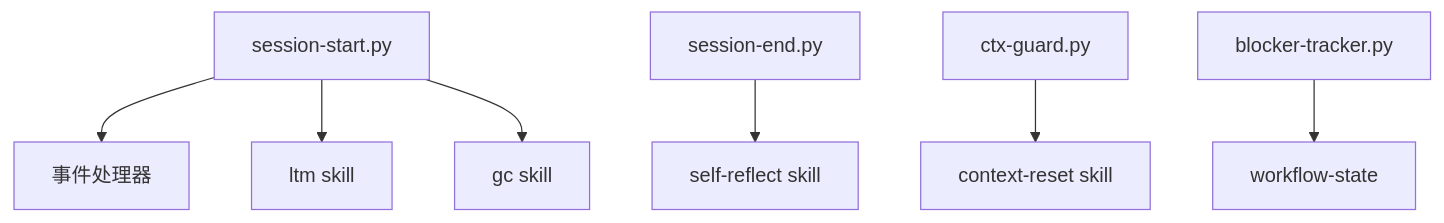
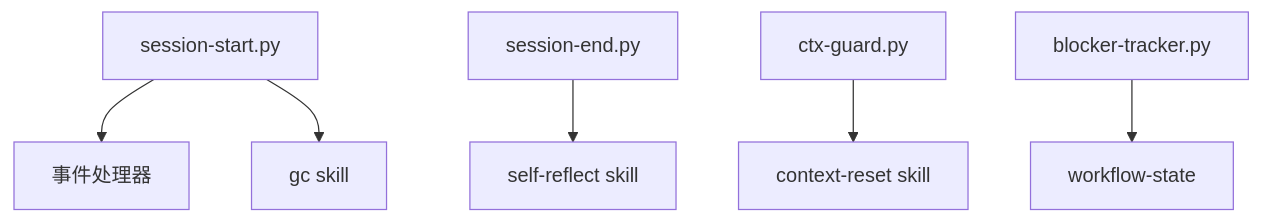
One commit to dd-xiaozhi/dev-agent-flow changed the diagram in .chatlabs/knowledge/tech/backend/modules/hooks.md. Above: the diagram before and after it, drawn with Mermaid. The commit also changed other lines of this file and 86 other files, not shown here.

````diff
--- a/.chatlabs/knowledge/tech/backend/modules/hooks.md
+++ b/.chatlabs/knowledge/tech/backend/modules/hooks.md
@@ -84,12 +84,11 @@
 ```mermaid
 flowchart TB
     SS[session-start.py] --> EH[事件处理器]
-    SS --> LTM[ltm skill]
     SS --> GC[gc skill]
 
     SE[session-end.py] --> SF[self-reflect skill]
 
     CG[ctx-guard.py] --> CR[context-reset skill]
 
     BT[blocker-tracker.py] --> STATE[workflow-state]
 ```
````
